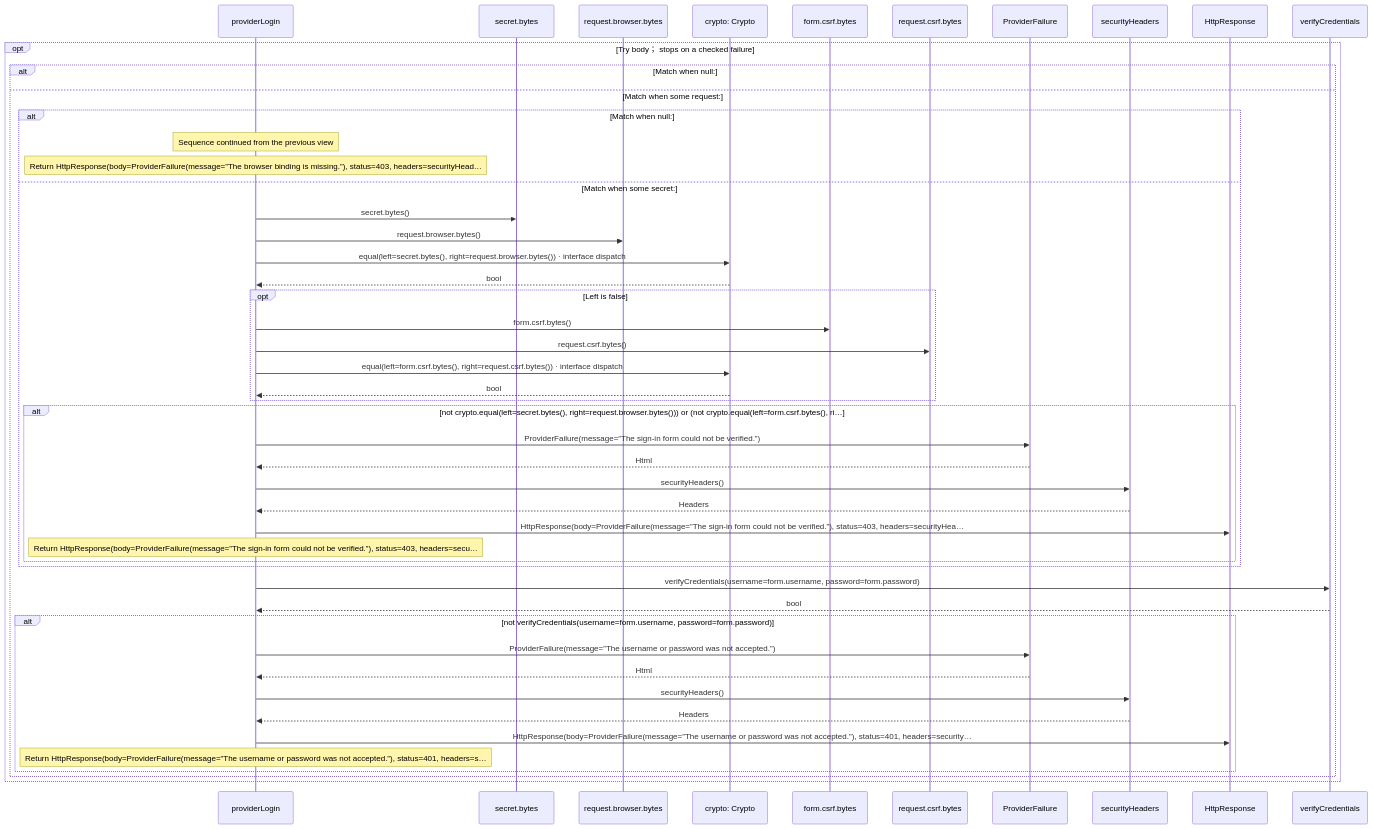
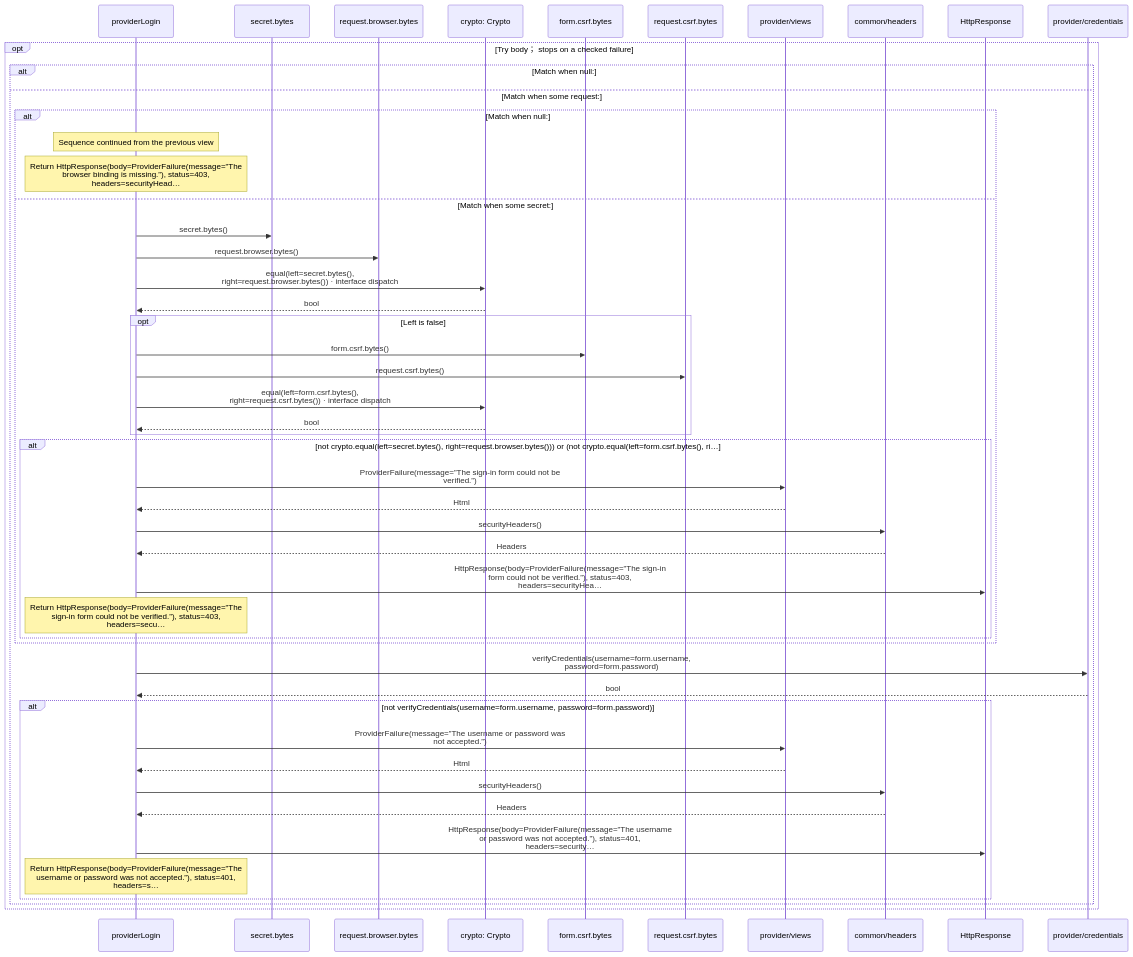
Before and after one commit to GreenPandaStudios/augscript: the seventh of 9 diagrams in docs/examples/oidc-login/provider/authorization-diagrams.md, drawn with Mermaid. The commit also changed other lines of this file and 200 other files, not shown here.

Commit message:
Group imported operations and wrap readable sequence messages

````diff
--- a/docs/examples/oidc-login/provider/authorization-diagrams.md
+++ b/docs/examples/oidc-login/provider/authorization-diagrams.md
@@ -284,51 +275,51 @@
 ```mermaid
 sequenceDiagram
     participant p0 as providerLogin
     participant p1 as secret.bytes
     participant p2 as request.browser.bytes
     participant p3 as crypto: Crypto
     participant p4 as form.csrf.bytes
     participant p5 as request.csrf.bytes
-    participant p6 as ProviderFailure
-    participant p7 as securityHeaders
+    participant p6 as provider/views
+    participant p7 as common/headers
     participant p8 as HttpResponse
-    participant p9 as verifyCredentials
+    participant p9 as provider/credentials
     opt Try body； stops on a checked failure
     alt Match when null:
     else Match when some request:
     alt Match when null:
     Note over p0: Sequence continued from the previous view
-    Note over p0: Return HttpResponse(body=ProviderFailure(message=”The browser binding is missing.”), status=403, headers=securityHead…
+    Note over p0: Return HttpResponse(body=ProviderFailure(message=”The<br/>browser binding is missing.”), status=403,<br/>headers=securityHead…
     else Match when some secret:
     p0->>p1: secret.bytes()
     p0->>p2: request.browser.bytes()
-    p0->>p3: equal(left=secret.bytes(), right=request.browser.bytes()) · interface dispatch
+    p0->>p3: equal(left=secret.bytes(),<br/>right=request.browser.bytes()) · interface dispatch
     p3-->>p0: bool
     opt Left is false
     p0->>p4: form.csrf.bytes()
     p0->>p5: request.csrf.bytes()
-    p0->>p3: equal(left=form.csrf.bytes(), right=request.csrf.bytes()) · interface dispatch
+    p0->>p3: equal(left=form.csrf.bytes(),<br/>right=request.csrf.bytes()) · interface dispatch
     p3-->>p0: bool
     end
     alt not crypto.equal(left=secret.bytes(), right=request.browser.bytes())) or (not crypto.equal(left=form.csrf.bytes(), ri…
-    p0->>p6: ProviderFailure(message=”The sign-in form could not be verified.”)
+    p0->>p6: ProviderFailure(message=”The sign-in form could not be<br/>verified.”)
     p6-->>p0: Html
     p0->>p7: securityHeaders()
     p7-->>p0: Headers
-    p0->>p8: HttpResponse(body=ProviderFailure(message=”The sign-in form could not be verified.”), status=403, headers=securityHea…
-    Note over p0: Return HttpResponse(body=ProviderFailure(message=”The sign-in form could not be verified.”), status=403, headers=secu…
+    p0->>p8: HttpResponse(body=ProviderFailure(message=”The sign-in<br/>form could not be verified.”), status=403,<br/>headers=securityHea…
+    Note over p0: Return HttpResponse(body=ProviderFailure(message=”The<br/>sign-in form could not be verified.”), status=403,<br/>headers=secu…
     end
     end
-    p0->>p9: verifyCredentials(username=form.username, password=form.password)
+    p0->>p9: verifyCredentials(username=form.username,<br/>password=form.password)
     p9-->>p0: bool
     alt not verifyCredentials(username=form.username, password=form.password)
-    p0->>p6: ProviderFailure(message=”The username or password was not accepted.”)
+    p0->>p6: ProviderFailure(message=”The username or password was<br/>not accepted.”)
     p6-->>p0: Html
     p0->>p7: securityHeaders()
     p7-->>p0: Headers
-    p0->>p8: HttpResponse(body=ProviderFailure(message=”The username or password was not accepted.”), status=401, headers=security…
-    Note over p0: Return HttpResponse(body=ProviderFailure(message=”The username or password was not accepted.”), status=401, headers=s…
+    p0->>p8: HttpResponse(body=ProviderFailure(message=”The username<br/>or password was not accepted.”), status=401,<br/>headers=security…
+    Note over p0: Return HttpResponse(body=ProviderFailure(message=”The<br/>username or password was not accepted.”), status=401,<br/>headers=s…
     end
     end
     end
 ```
````
